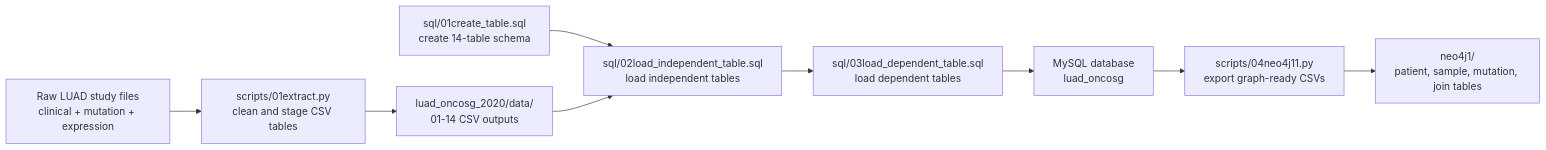
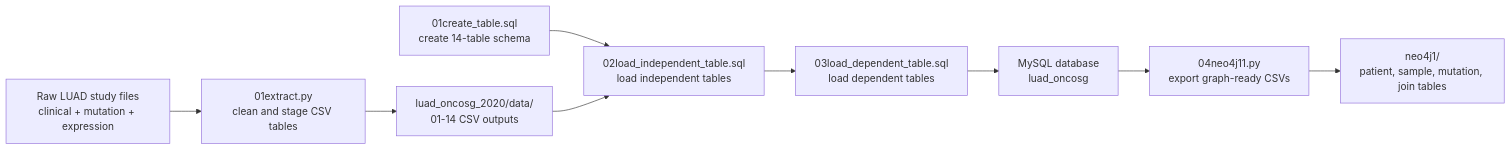
One commit to 12434565/database_mutation changed the diagram in README.md. Above: the diagram before and after it, drawn with Mermaid. The commit also changed other lines of this file, not shown here.

````diff
--- a/README.md
+++ b/README.md
@@ -28,11 +28,11 @@
 ```mermaid
 flowchart LR
-    A["Raw LUAD study files<br/>clinical + mutation + expression"] --> B["scripts/01extract.py<br/>clean and stage CSV tables"]
+    A["Raw LUAD study files<br/>clinical + mutation + expression"] --> B["01extract.py<br/>clean and stage CSV tables"]
     B --> C["luad_oncosg_2020/data/<br/>01-14 CSV outputs"]
-    D["sql/01create_table.sql<br/>create 14-table schema"] --> E["sql/02load_independent_table.sql<br/>load independent tables"]
+    D["01create_table.sql<br/>create 14-table schema"] --> E["02load_independent_table.sql<br/>load independent tables"]
     C --> E
-    E --> F["sql/03load_dependent_table.sql<br/>load dependent tables"]
+    E --> F["03load_dependent_table.sql<br/>load dependent tables"]
     F --> G["MySQL database<br/>luad_oncosg"]
-    G --> H["scripts/04neo4j11.py<br/>export graph-ready CSVs"]
+    G --> H["04neo4j11.py<br/>export graph-ready CSVs"]
     H --> I["neo4j1/<br/>patient, sample, mutation, join tables"]
 ```
````
